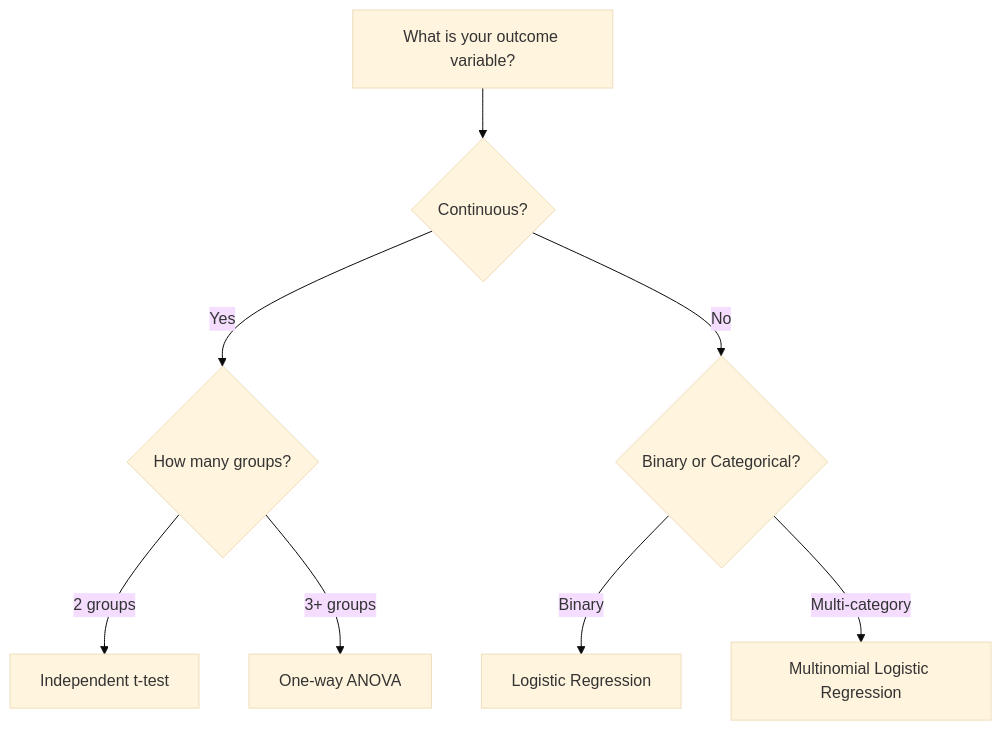
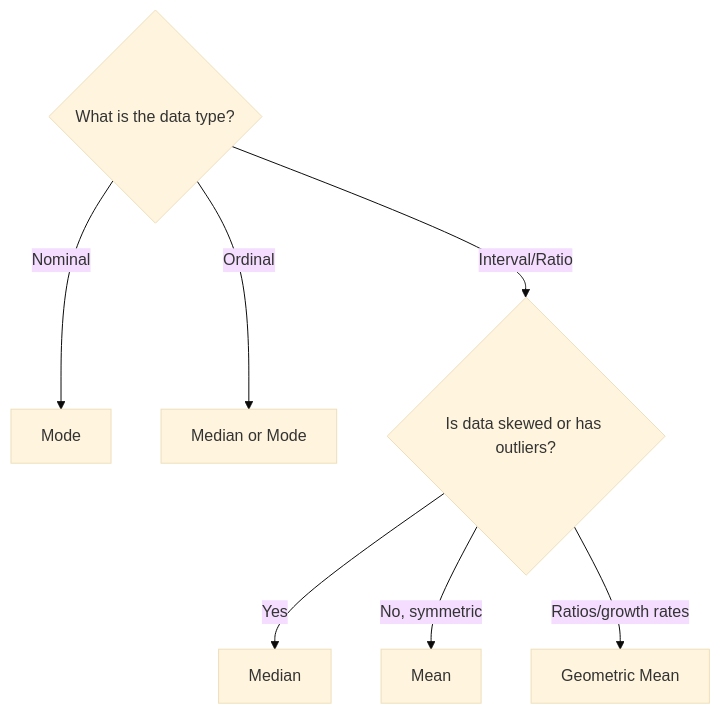
The third of 5 diagrams in README.md (muhammadsalek/statistics-for-scientists), drawn with Mermaid (base theme) before and after one commit. The commit also changed other lines of this file, not shown here.

````diff
--- a/README.md
+++ b/README.md
@@ -442,10 +469,9 @@
 ```mermaid
 flowchart TD
-    Start[What is your outcome variable?] --> Cont{Continuous?}
-    Cont -->|Yes| Groups{How many groups?}
-    Cont -->|No| Cat{Binary or Categorical?}
-    Groups -->|2 groups| TTest[Independent t-test]
-    Groups -->|3+ groups| ANOVA[One-way ANOVA]
-    Cat -->|Binary| Logistic[Logistic Regression]
-    Cat -->|Multi-category| MultiLog[Multinomial Logistic Regression]
+    A{What is the data type?} -->|Nominal| B[Mode]
+    A -->|Ordinal| C[Median or Mode]
+    A -->|Interval/Ratio| D{Is data skewed or has outliers?}
+    D -->|Yes| E[Median]
+    D -->|No, symmetric| F[Mean]
+    D -->|Ratios/growth rates| G[Geometric Mean]
 ```
````
